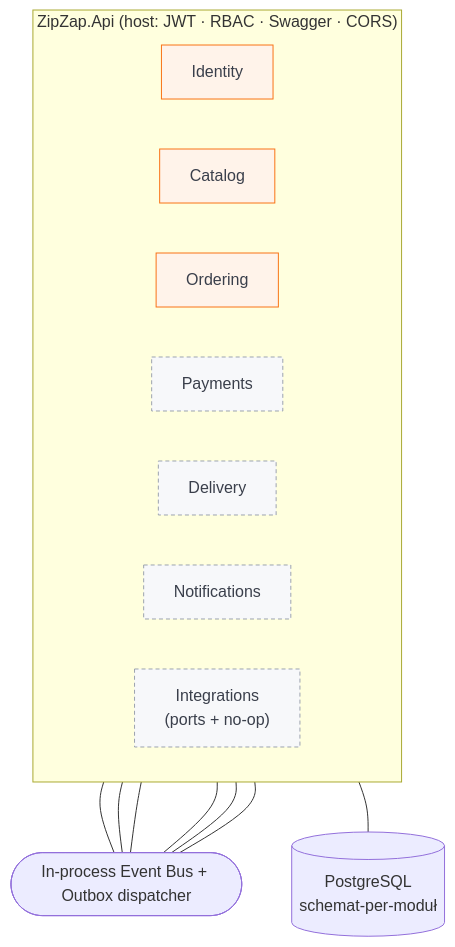
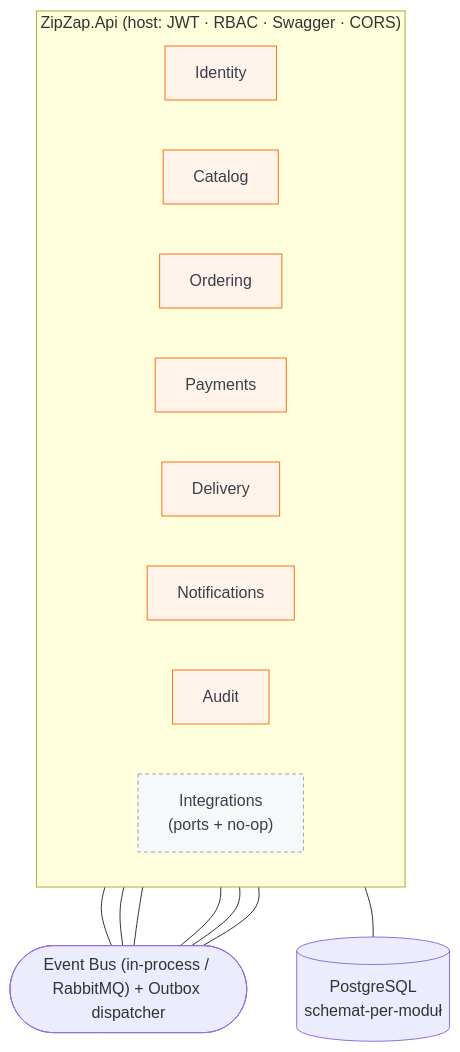
The first of 2 diagrams in README.md (squark11/ZipZap), drawn with Mermaid before and after one commit. The commit also changed other lines of this file, not shown here.

````diff
--- a/README.md
+++ b/README.md
@@ -47,26 +48,27 @@
 ```mermaid
 flowchart TB
   subgraph Host["ZipZap.Api (host: JWT · RBAC · Swagger · CORS)"]
     direction LR
     ID["Identity"]:::full
     CT["Catalog"]:::full
     OR["Ordering"]:::full
-    PM["Payments"]:::skel
-    DL["Delivery"]:::skel
-    NT["Notifications"]:::skel
+    PM["Payments"]:::full
+    DL["Delivery"]:::full
+    NT["Notifications"]:::full
+    AU["Audit"]:::full
     IN["Integrations<br/>(ports + no-op)"]:::skel
   end
-  BUS(["In-process Event Bus + Outbox dispatcher"])
+  BUS(["Event Bus (in-process / RabbitMQ) + Outbox dispatcher"])
   DB[("PostgreSQL<br/>schemat-per-moduł")]
 
   ID --- BUS
   CT --- BUS
   OR --- BUS
   PM --- BUS
   DL --- BUS
   NT --- BUS
   Host --- DB
 
   classDef full fill:#FFF3EA,stroke:#F97316,color:#3A3F4B;
   classDef skel fill:#F7F8FA,stroke:#9CA3AF,color:#3A3F4B,stroke-dasharray:4 3;
 ```
````
